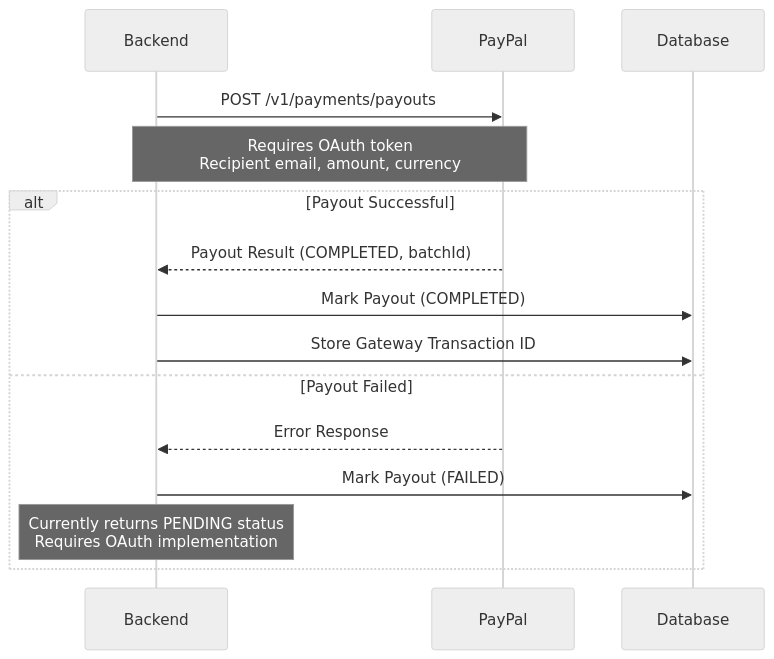
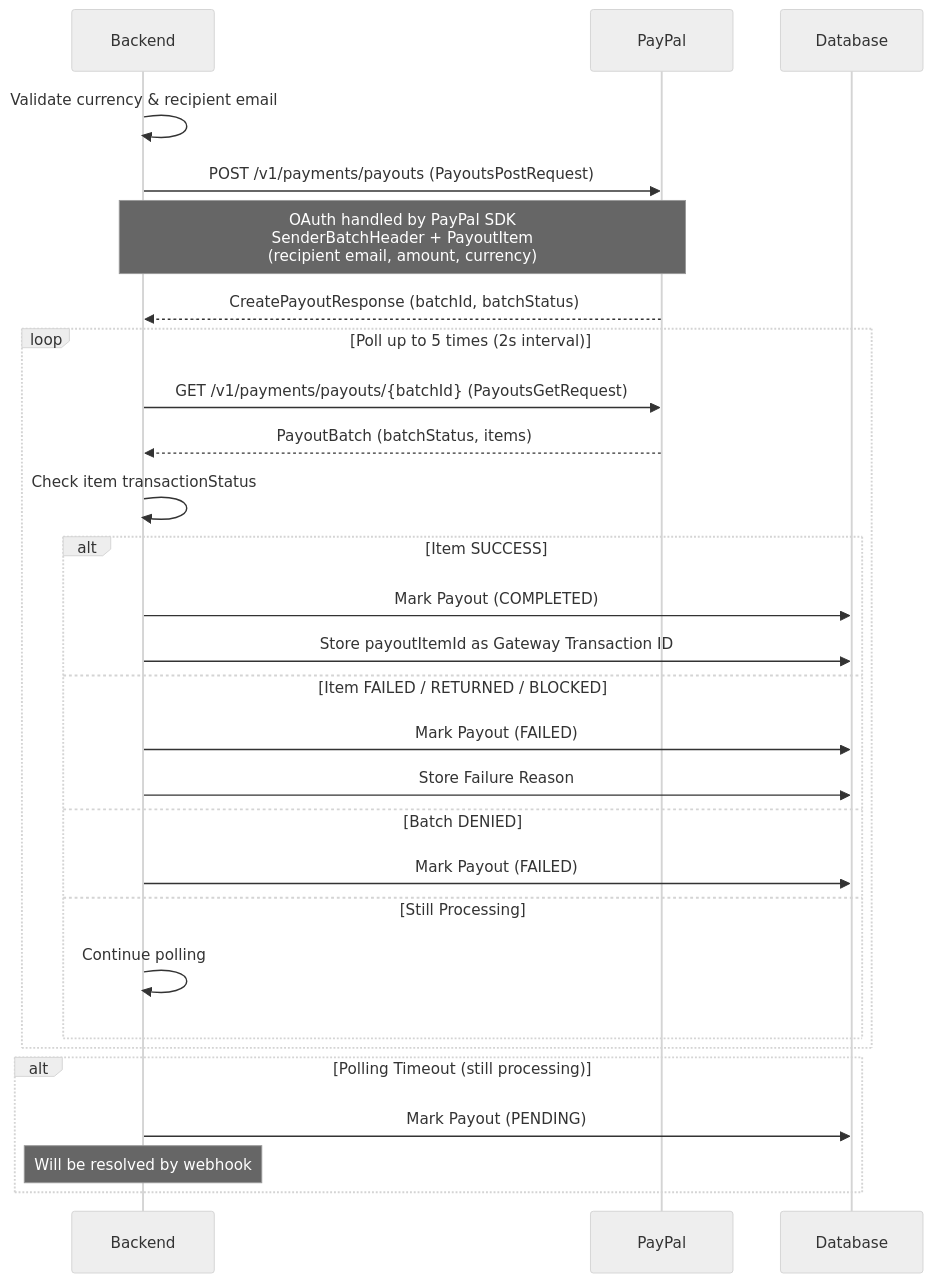
The seventh of 17 diagrams in docs/workflows/payout_workflows.md (HuuLocFIT/EduMind), drawn with Mermaid (neutral theme) before and after one commit. The commit also changed other lines of this file and 1 other file, not shown here.

First line of the commit message:
feat: update payout and refund workflows documentation

````diff
--- a/docs/workflows/payout_workflows.md
+++ b/docs/workflows/payout_workflows.md
@@ -257,18 +311,33 @@
 ```mermaid
 sequenceDiagram
     participant Backend
     participant PayPal
     participant Database
 
-    Backend->>PayPal: POST /v1/payments/payouts
-    Note over Backend,PayPal: Requires OAuth token<br/>Recipient email, amount, currency
-    alt Payout Successful
-        PayPal-->>Backend: Payout Result (COMPLETED, batchId)
-        Backend->>Database: Mark Payout (COMPLETED)
-        Backend->>Database: Store Gateway Transaction ID
-    else Payout Failed
-        PayPal-->>Backend: Error Response
-        Backend->>Database: Mark Payout (FAILED)
-        Note over Backend: Currently returns PENDING status<br/>Requires OAuth implementation
+    Backend->>Backend: Validate currency & recipient email
+    Backend->>PayPal: POST /v1/payments/payouts (PayoutsPostRequest)
+    Note over Backend,PayPal: OAuth handled by PayPal SDK<br/>SenderBatchHeader + PayoutItem<br/>(recipient email, amount, currency)
+    PayPal-->>Backend: CreatePayoutResponse (batchId, batchStatus)
+
+    loop Poll up to 5 times (2s interval)
+        Backend->>PayPal: GET /v1/payments/payouts/{batchId} (PayoutsGetRequest)
+        PayPal-->>Backend: PayoutBatch (batchStatus, items)
+        Backend->>Backend: Check item transactionStatus
+        alt Item SUCCESS
+            Backend->>Database: Mark Payout (COMPLETED)
+            Backend->>Database: Store payoutItemId as Gateway Transaction ID
+        else Item FAILED / RETURNED / BLOCKED
+            Backend->>Database: Mark Payout (FAILED)
+            Backend->>Database: Store Failure Reason
+        else Batch DENIED
+            Backend->>Database: Mark Payout (FAILED)
+        else Still Processing
+            Backend->>Backend: Continue polling
+        end
+    end
+
+    alt Polling Timeout (still processing)
+        Backend->>Database: Mark Payout (PENDING)
+        Note over Backend: Will be resolved by webhook
     end
 ```
````
